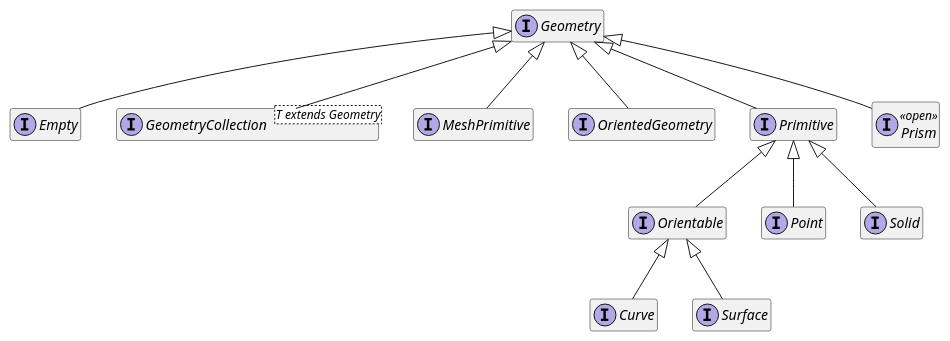
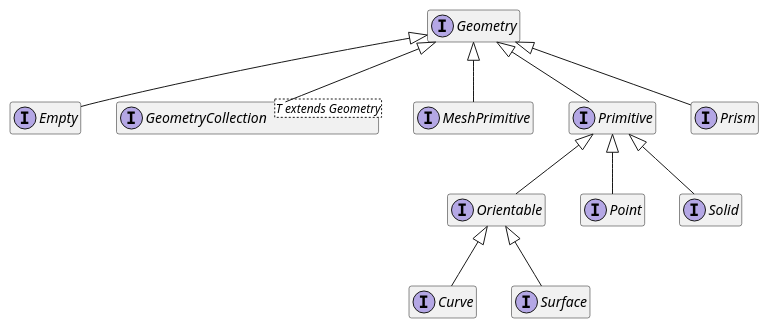
The first of 6 diagrams in incubator/src/org.apache.sis.geometry/main/org/apache/sis/geometries/summary.adoc (apache/sis), drawn with PlantUML before and after one commit. The commit also changed other lines of this file and 17 other files, not shown here.

```diff
--- a/incubator/src/org.apache.sis.geometry/main/org/apache/sis/geometries/summary.adoc
+++ b/incubator/src/org.apache.sis.geometry/main/org/apache/sis/geometries/summary.adoc
@@ -21,48 +22,42 @@
 [plantuml,geometry-core,svg]
 ....
 @startuml
 hide empty members
 skinparam shadowing false
 skinparam interface {
     BackgroundColor #FDFDFD
     BorderColor #4A6785
-}
-skinparam interface<<open>> {
-    BackgroundColor #FFF6E0
-    BorderColor #C9A227
 }
 skinparam interface<<context>> {
     BackgroundColor #EEF3F8
     BorderColor #93A9C0
 }
 skinparam interface<<external>> {
     BackgroundColor #F0F0F0
     BorderColor #999999
 }
 
 interface Curve
 interface Empty
 interface Geometry
 interface "GeometryCollection<T extends Geometry>" as GeometryCollection
 interface MeshPrimitive
 interface Orientable
-interface OrientedGeometry
 interface Point
 interface Primitive
-interface Prism <<open>>
+interface Prism
 interface Solid
 interface Surface
 
 Geometry <|-- Empty
 Geometry <|-- GeometryCollection
 Geometry <|-- MeshPrimitive
-Geometry <|-- OrientedGeometry
 Geometry <|-- Primitive
 Geometry <|-- Prism
 Orientable <|-- Curve
 Orientable <|-- Surface
 Primitive <|-- Orientable
 Primitive <|-- Point
 Primitive <|-- Solid
 @enduml
 ....
```
